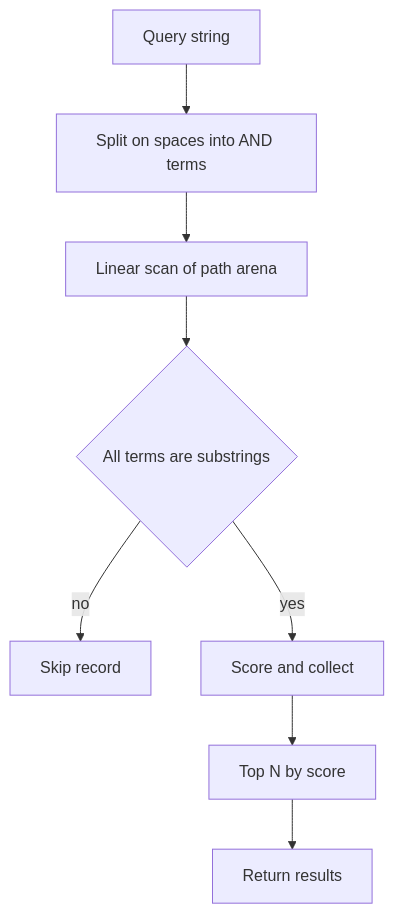
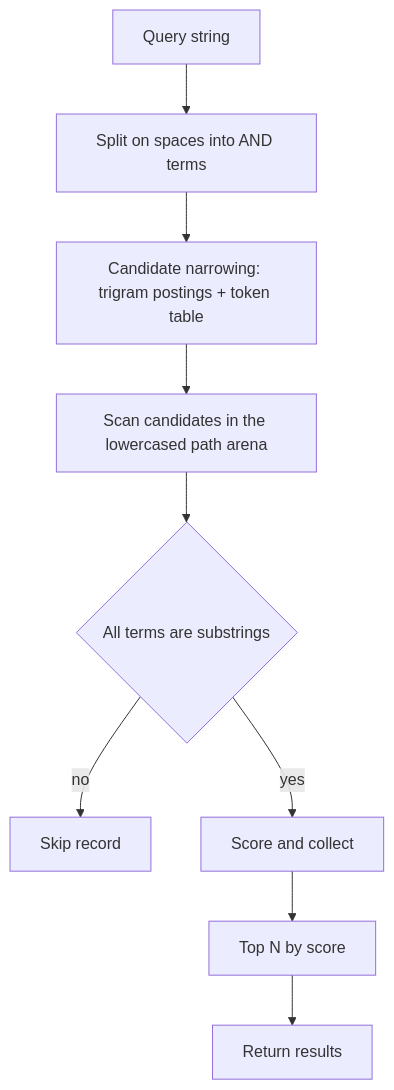
Before and after one commit to brrrassica/omavrything: the second of 5 diagrams in docs/architecture.md, drawn with Mermaid. The commit also changed other lines of this file and 7 other files, not shown here.

````diff
--- a/docs/architecture.md
+++ b/docs/architecture.md
@@ -102,10 +103,11 @@
 ```mermaid
 flowchart TD
     Q[Query string] --> SPLIT[Split on spaces into AND terms]
-    SPLIT --> SCAN[Linear scan of path arena]
+    SPLIT --> NARROW[Candidate narrowing: trigram postings + token table]
+    NARROW --> SCAN[Scan candidates in the lowercased path arena]
     SCAN --> MATCH{All terms are substrings}
     MATCH -- no --> SKIP[Skip record]
     MATCH -- yes --> RANK[Score and collect]
     RANK --> TOP[Top N by score]
     TOP --> OUT[Return results]
 ```
````
